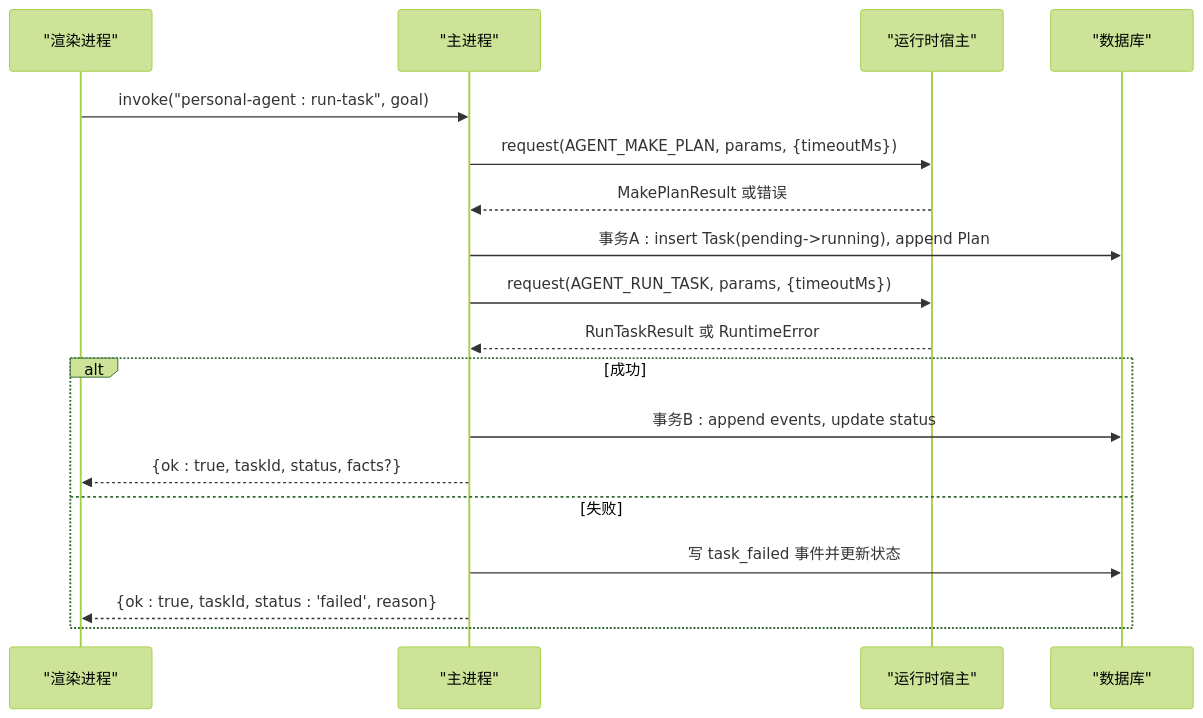
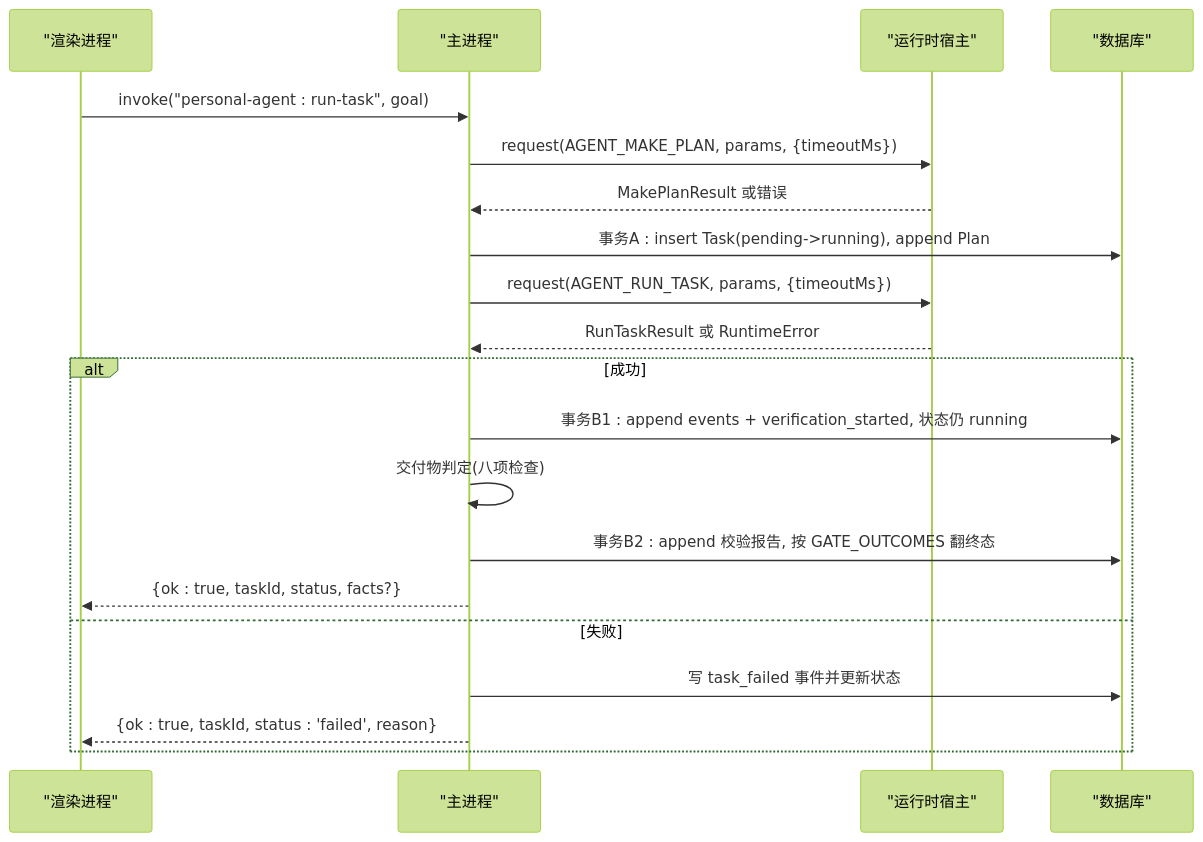
Before and after one commit to Azusa010/personal-agent: the fourth of 5 diagrams in .repowiki/zh/content/架构设计/Electron 应用架构/IPC 通信机制.md, drawn with Mermaid (forest theme). The commit also changed other lines of this file and 23 other files, not shown here.

````diff
--- a/.repowiki/zh/content/架构设计/Electron 应用架构/IPC 通信机制.md
+++ b/.repowiki/zh/content/架构设计/Electron 应用架构/IPC 通信机制.md
@@ -199,20 +199,22 @@
 ```mermaid
 sequenceDiagram
 participant UI as "渲染进程"
 participant MP as "主进程"
 participant RT as "运行时宿主"
 participant DB as "数据库"
 UI->>MP : invoke("personal-agent : run-task", goal)
 MP->>RT : request(AGENT_MAKE_PLAN, params, {timeoutMs})
 RT-->>MP : MakePlanResult 或错误
 MP->>DB : 事务A : insert Task(pending->running), append Plan
 MP->>RT : request(AGENT_RUN_TASK, params, {timeoutMs})
 RT-->>MP : RunTaskResult 或 RuntimeError
 alt 成功
-MP->>DB : 事务B : append events, update status
+MP->>DB : 事务B1 : append events + verification_started, 状态仍 running
+MP->>MP : 交付物判定(八项检查)
+MP->>DB : 事务B2 : append 校验报告, 按 GATE_OUTCOMES 翻终态
 MP-->>UI : {ok : true, taskId, status, facts?}
 else 失败
 MP->>DB : 写 task_failed 事件并更新状态
 MP-->>UI : {ok : true, taskId, status : 'failed', reason}
 end
 ```
````
